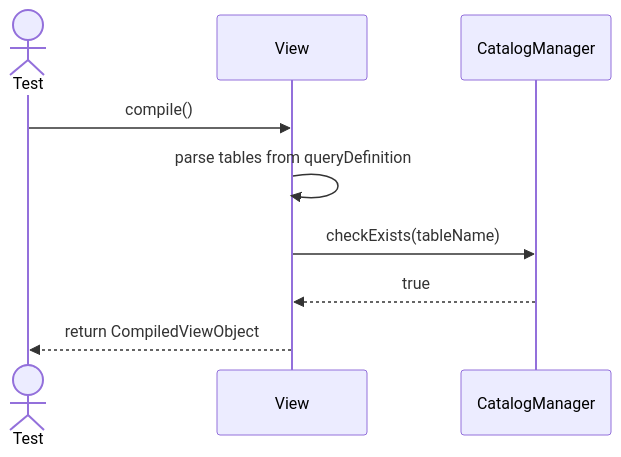
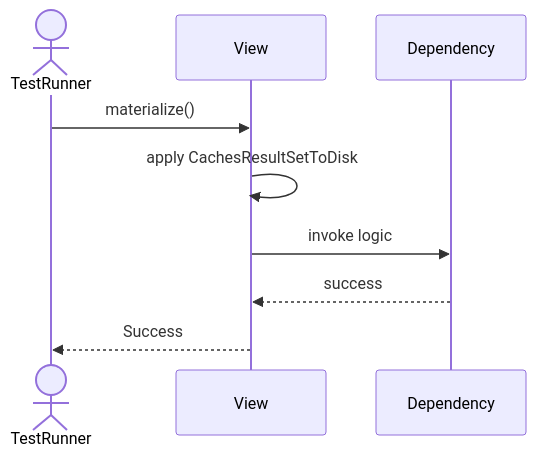
One commit to TamBui1706/DBMS changed the fourth of 6 diagrams in Sequences/DatabaseObjectManagement/View.md. Above: the diagram before and after it, drawn with Mermaid. The commit also changed other lines of this file and 63 other files, not shown here.

Commit message:
Draw sequence diagram for unit tests

````diff
--- a/Sequences/DatabaseObjectManagement/View.md
+++ b/Sequences/DatabaseObjectManagement/View.md
@@ -27,12 +55,10 @@
 ```mermaid
 sequenceDiagram
-    actor Test
+    actor TestRunner
     participant View
-    participant CatalogManager
-
-    Test->>View: compile()
-    View->>View: parse tables from queryDefinition
-    View->>CatalogManager: checkExists(tableName)
-    CatalogManager-->>View: true
-    View-->>Test: return CompiledViewObject
+    TestRunner->>View: materialize()
+    View->>View: apply CachesResultSetToDisk
+    View->>Dependency: invoke logic
+    Dependency-->>View: success
+    View-->>TestRunner: Success
 ```
````
